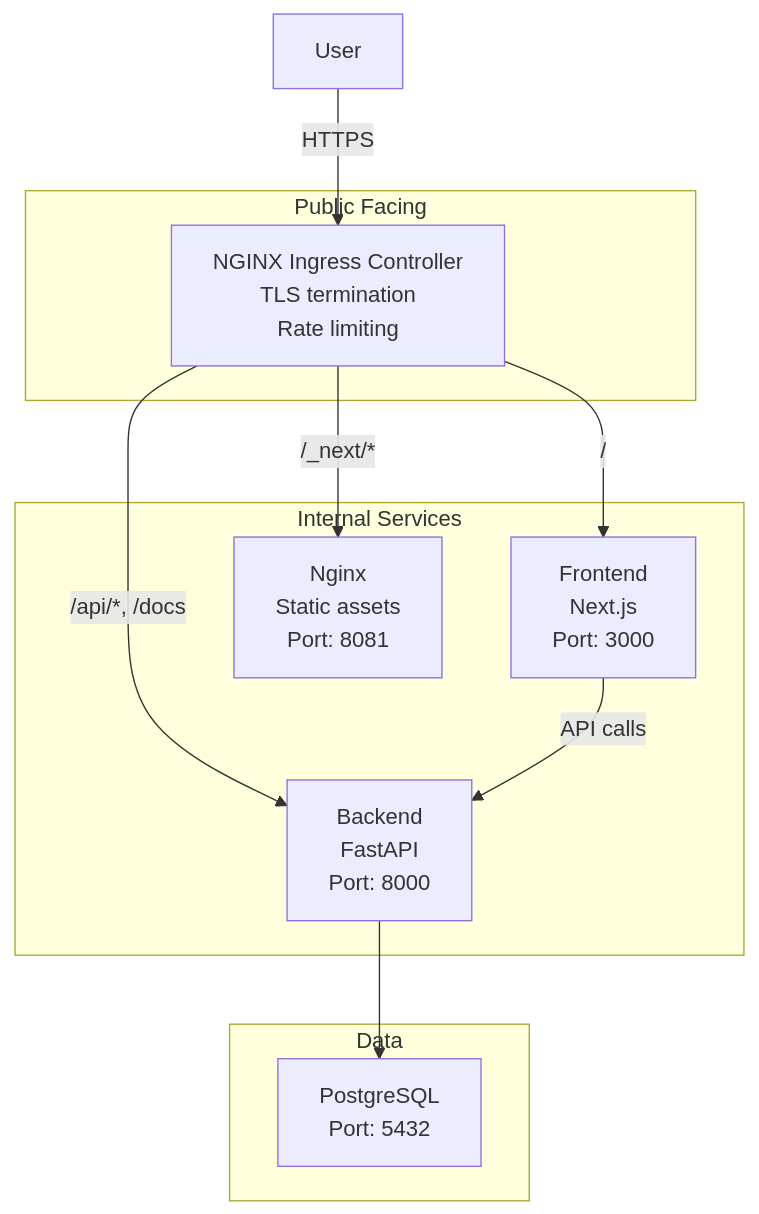
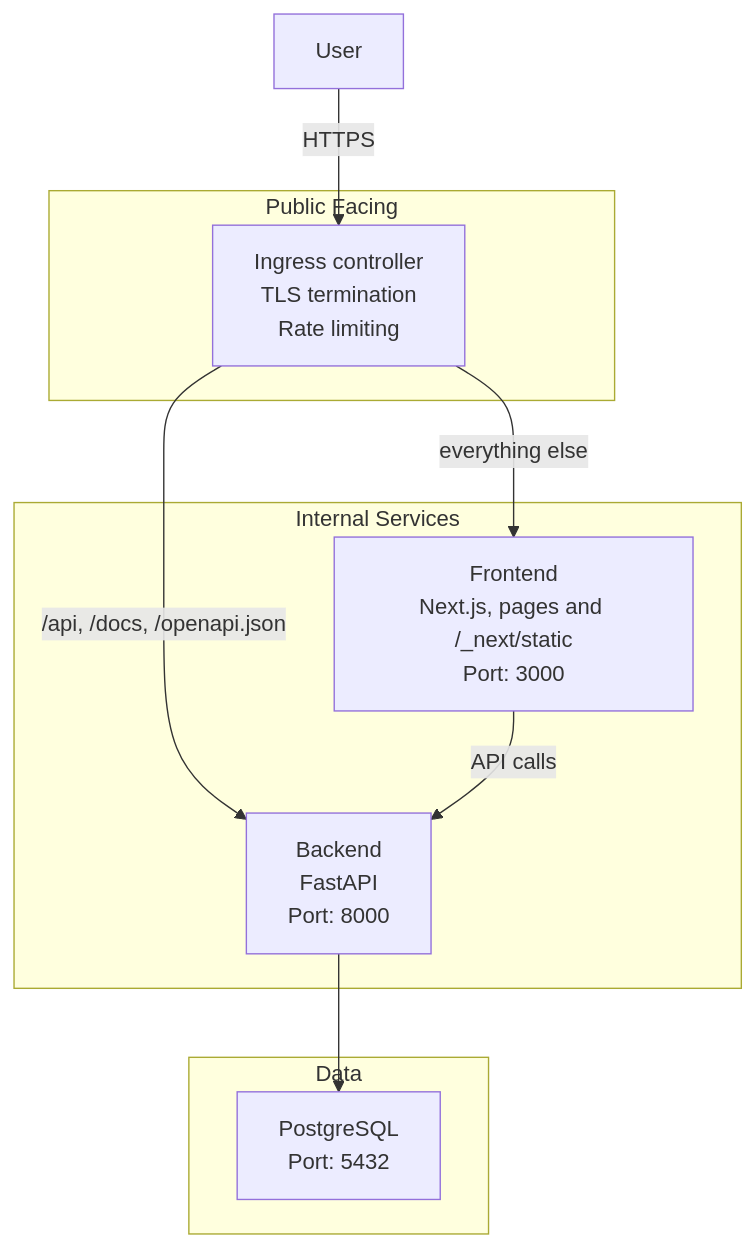
Before and after one commit to berserkhmdvhb/fullstack_template: the first of 2 diagrams in wiki/infrastructure.md, drawn with Mermaid. The commit also changed other lines of this file and 24 other files, not shown here.

Commit message:
docs: describe the two-image architecture; the Next.js server serves its own assets

````diff
--- a/wiki/infrastructure.md
+++ b/wiki/infrastructure.md
@@ -24,23 +24,21 @@
 ```mermaid
 flowchart TB
     subgraph Public["Public Facing"]
-        IC["NGINX Ingress Controller<br/>TLS termination<br/>Rate limiting"]
+        IC["Ingress controller<br/>TLS termination<br/>Rate limiting"]
     end
 
     subgraph Internal["Internal Services"]
         BE["Backend<br/>FastAPI<br/>Port: 8000"]
-        FE["Frontend<br/>Next.js<br/>Port: 3000"]
-        NG["Nginx<br/>Static assets<br/>Port: 8081"]
+        FE["Frontend<br/>Next.js, pages and /_next/static<br/>Port: 3000"]
     end
 
     subgraph Data["Data"]
         PG["PostgreSQL<br/>Port: 5432"]
     end
 
     User["User"] -->|"HTTPS"| IC
-    IC -->|"/"| FE
-    IC -->|"/api/*, /docs"| BE
-    IC -->|"/_next/*"| NG
+    IC -->|"everything else"| FE
+    IC -->|"/api, /docs, /openapi.json"| BE
     FE -->|"API calls"| BE
     BE --> PG
 ```
````
